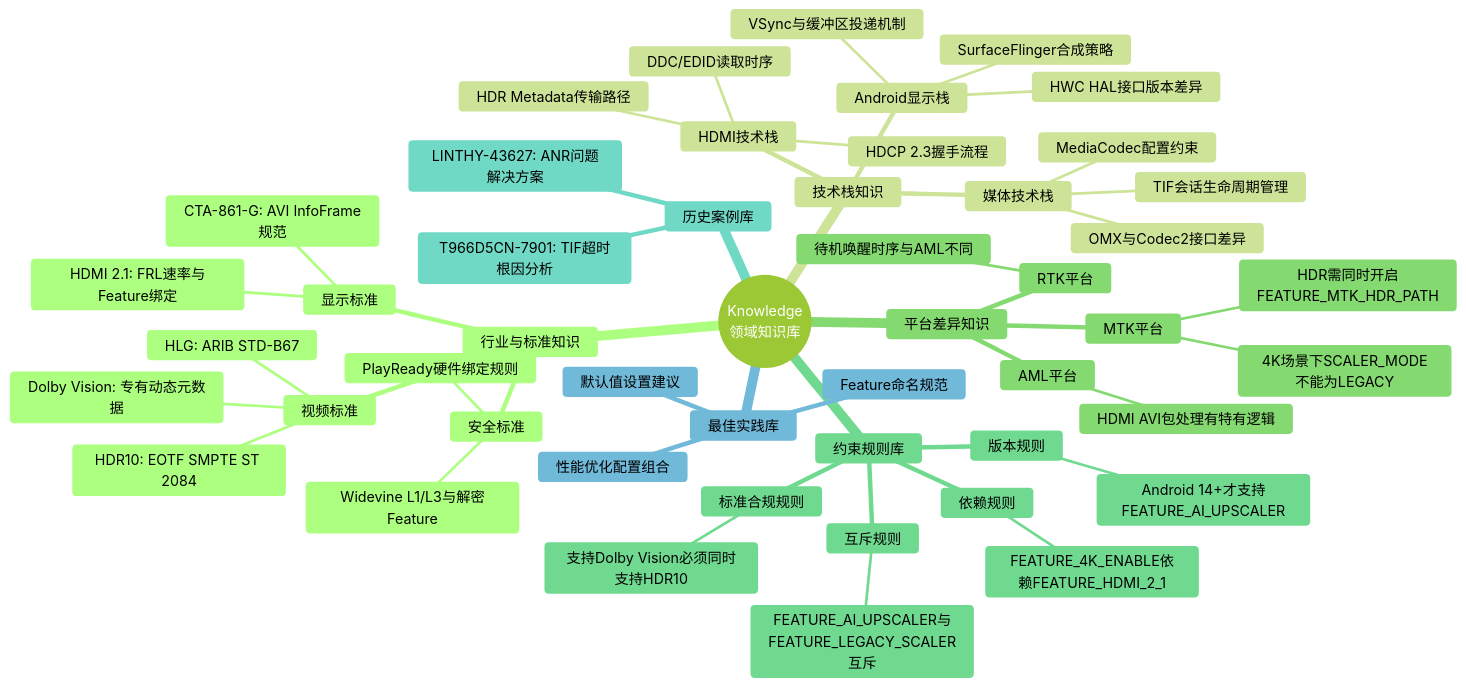
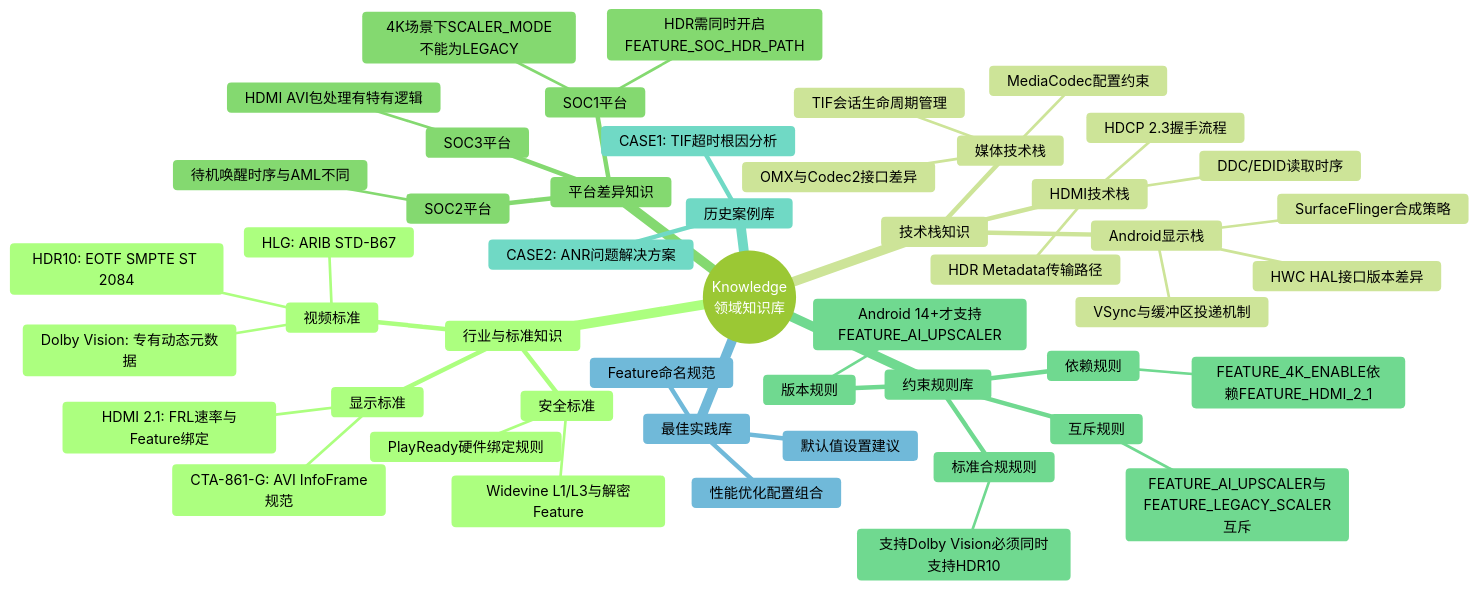
Before and after one commit to liuzidong123/harness-adk: the sixth of 28 diagrams in feature_spec_knowledge.md, drawn with Mermaid (forest theme). The commit also changed other lines of this file, not shown here.

````diff
--- a/feature_spec_knowledge.md
+++ b/feature_spec_knowledge.md
@@ -323,52 +323,52 @@
 ```mermaid
 mindmap
   root((Knowledge<br/>领域知识库))
     行业与标准知识
       视频标准
         HDR10: EOTF SMPTE ST 2084
         HLG: ARIB STD-B67
         Dolby Vision: 专有动态元数据
       显示标准
         HDMI 2.1: FRL速率与Feature绑定
         CTA-861-G: AVI InfoFrame规范
       安全标准
         Widevine L1/L3与解密Feature
         PlayReady硬件绑定规则
     技术栈知识
       HDMI技术栈
         DDC/EDID读取时序
         HDCP 2.3握手流程
         HDR Metadata传输路径
       Android显示栈
         SurfaceFlinger合成策略
         HWC HAL接口版本差异
         VSync与缓冲区投递机制
       媒体技术栈
         MediaCodec配置约束
         OMX与Codec2接口差异
         TIF会话生命周期管理
     平台差异知识
-      MTK平台
-        HDR需同时开启FEATURE_MTK_HDR_PATH
+      SOC1平台
+        HDR需同时开启FEATURE_SOC_HDR_PATH
         4K场景下SCALER_MODE不能为LEGACY
-      RTK平台
+      SOC2平台
         待机唤醒时序与AML不同
-      AML平台
+      SOC3平台
         HDMI AVI包处理有特有逻辑
     约束规则库
       互斥规则
         FEATURE_AI_UPSCALER与FEATURE_LEGACY_SCALER互斥
       依赖规则
         FEATURE_4K_ENABLE依赖FEATURE_HDMI_2_1
       版本规则
         Android 14+才支持FEATURE_AI_UPSCALER
       标准合规规则
         支持Dolby Vision必须同时支持HDR10
     历史案例库
-      T966D5CN-7901: TIF超时根因分析
-      LINTHY-43627: ANR问题解决方案
+      CASE1: TIF超时根因分析
+      CASE2: ANR问题解决方案
     最佳实践库
       Feature命名规范
       默认值设置建议
       性能优化配置组合
 ```
````
